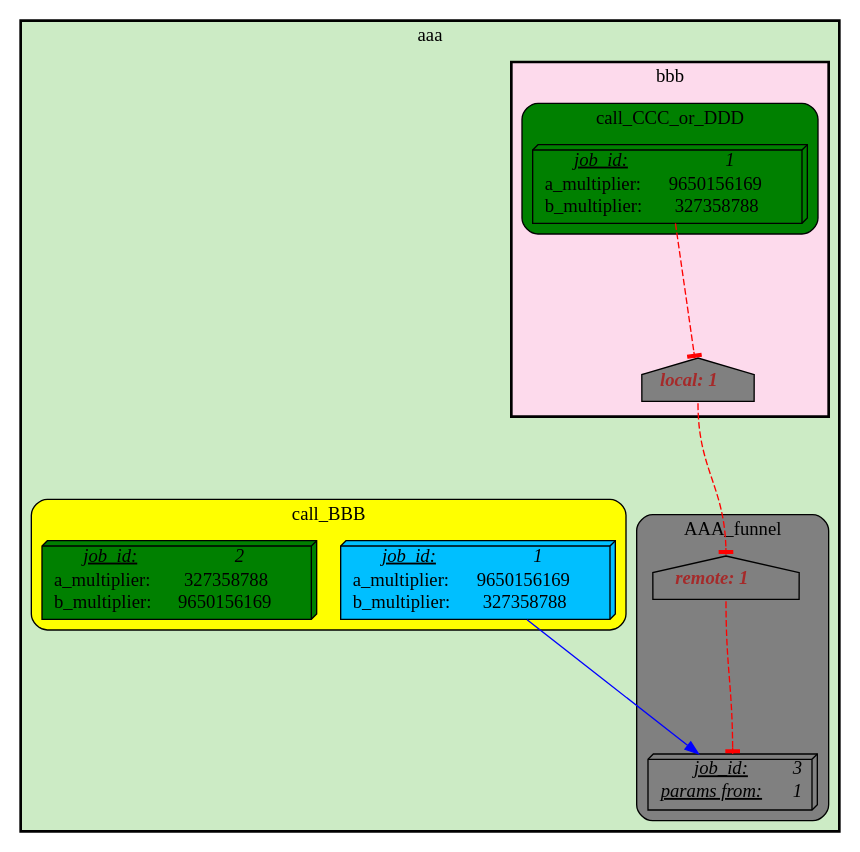
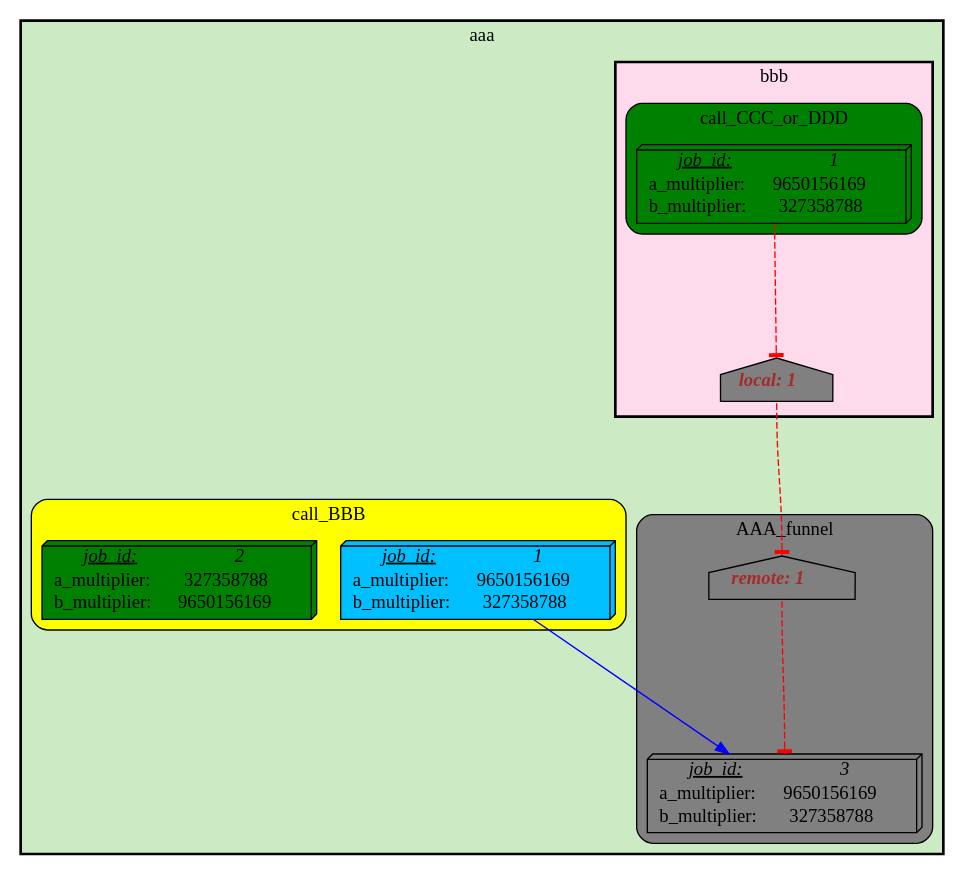
The diagram in t/03.scripts/visualize_jobs/quad_pipe/quad_pipe_jobs_02.dot (Ensembl/ensembl-hive), drawn with Graphviz before and after one commit. The commit also changed 27 other files, not shown here.

```diff
--- a/t/03.scripts/visualize_jobs/quad_pipe/quad_pipe_jobs_02.dot
+++ b/t/03.scripts/visualize_jobs/quad_pipe/quad_pipe_jobs_02.dot
@@ -1,69 +1,69 @@
 digraph test {
 	ratio="compress"; name = "JobDependencyGraph"; pad = "0"; ranksep = "1.4"; remincross = "true";
 	job_1__aaa [fillcolor="DeepSkyBlue", label=<<table border="0" cellborder="0" cellspacing="0" cellpadding="1"><tr><td><u><i>job_id:</i></u></td><td><i>1</i></td></tr><tr><td>a_multiplier:</td><td> 9650156169</td></tr><tr><td>b_multiplier:</td><td> 327358788</td></tr></table>>, shape="box3d", style="filled"];
 	job_1__bbb [fillcolor="green", label=<<table border="0" cellborder="0" cellspacing="0" cellpadding="1"><tr><td><u><i>job_id:</i></u></td><td><i>1</i></td></tr><tr><td>a_multiplier:</td><td> 9650156169</td></tr><tr><td>b_multiplier:</td><td> 327358788</td></tr></table>>, shape="box3d", style="filled"];
 	job_2__aaa [fillcolor="green", label=<<table border="0" cellborder="0" cellspacing="0" cellpadding="1"><tr><td><u><i>job_id:</i></u></td><td><i>2</i></td></tr><tr><td>a_multiplier:</td><td> 327358788</td></tr><tr><td>b_multiplier:</td><td> 9650156169</td></tr></table>>, shape="box3d", style="filled"];
-	job_3__aaa [fillcolor="grey", label=<<table border="0" cellborder="0" cellspacing="0" cellpadding="1"><tr><td><u><i>job_id:</i></u></td><td><i>3</i></td></tr><tr><td><u><i>params from:</i></u></td><td><i>1</i></td></tr></table>>, shape="box3d", style="filled"];
+	job_3__aaa [fillcolor="grey", label=<<table border="0" cellborder="0" cellspacing="0" cellpadding="1"><tr><td><u><i>job_id:</i></u></td><td><i>3</i></td></tr><tr><td>a_multiplier:</td><td> 9650156169</td></tr><tr><td>b_multiplier:</td><td> 327358788</td></tr></table>>, shape="box3d", style="filled"];
 	semaphore_1__aaa [fillcolor="grey", label=<<table border="0" cellborder="0" cellspacing="0" cellpadding="1"><tr><td colspan="3"><font color="brown"><b><i>remote: 1</i></b></font></td></tr></table>>, margin="0,0", shape="house", style="filled"];
 	semaphore_1__bbb [fillcolor="grey", label=<<table border="0" cellborder="0" cellspacing="0" cellpadding="1"><tr><td colspan="3"><font color="brown"><b><i>local: 1</i></b></font></td></tr></table>>, margin="0,0", shape="house", style="filled"];
 	job_1__aaa -> job_3__aaa [color="blue"];
 	job_1__bbb -> semaphore_1__bbb [arrowhead="tee", color="red", style="dashed"];
 	semaphore_1__aaa -> job_3__aaa [arrowhead="tee", color="red", headport="n", style="dashed", tailport="s"];
 	semaphore_1__bbb -> semaphore_1__aaa [arrowhead="tee", color="red", headport="n", style="dashed", tailport="s"];
 
 subgraph cluster_aaa {
 	label="aaa";
 	style="bold,filled";
 	colorscheme="pastel19";
 	fillcolor="3";
 	color="";
 	subgraph cluster_AAA_funnel {
 		label="AAA_funnel";
 		style="rounded,filled";
 		colorscheme="X11";
 		fillcolor="grey";
 		color="";
 		job_3__aaa;
 		semaphore_1__aaa;
 	}
 	subgraph cluster_bbb {
 		label="bbb";
 		style="bold,filled";
 		colorscheme="pastel19";
 		fillcolor="8";
 		color="";
 		subgraph cluster_ehive_test_vj_1___call_CCC_or_DDD {
 			label="call_CCC_or_DDD";
 			style="rounded,filled";
 			colorscheme="X11";
 			fillcolor="green";
 			color="";
 			job_1__bbb;
 		}
 		semaphore_1__bbb;
 	}
 	subgraph cluster_call_BBB {
 		label="call_BBB";
 		style="rounded,filled";
 		colorscheme="X11";
 		fillcolor="yellow";
 		color="";
 		job_1__aaa;
 		job_2__aaa;
 	}
 	subgraph cluster_ccc {
 		label="ccc";
 		style="bold,filled";
 		colorscheme="pastel19";
 		fillcolor="5";
 		color="";
 	}
 	subgraph cluster_ddd {
 		label="ddd";
 		style="bold,filled";
 		colorscheme="pastel19";
 		fillcolor="6";
 		color="";
 	}
 }
 }
```
